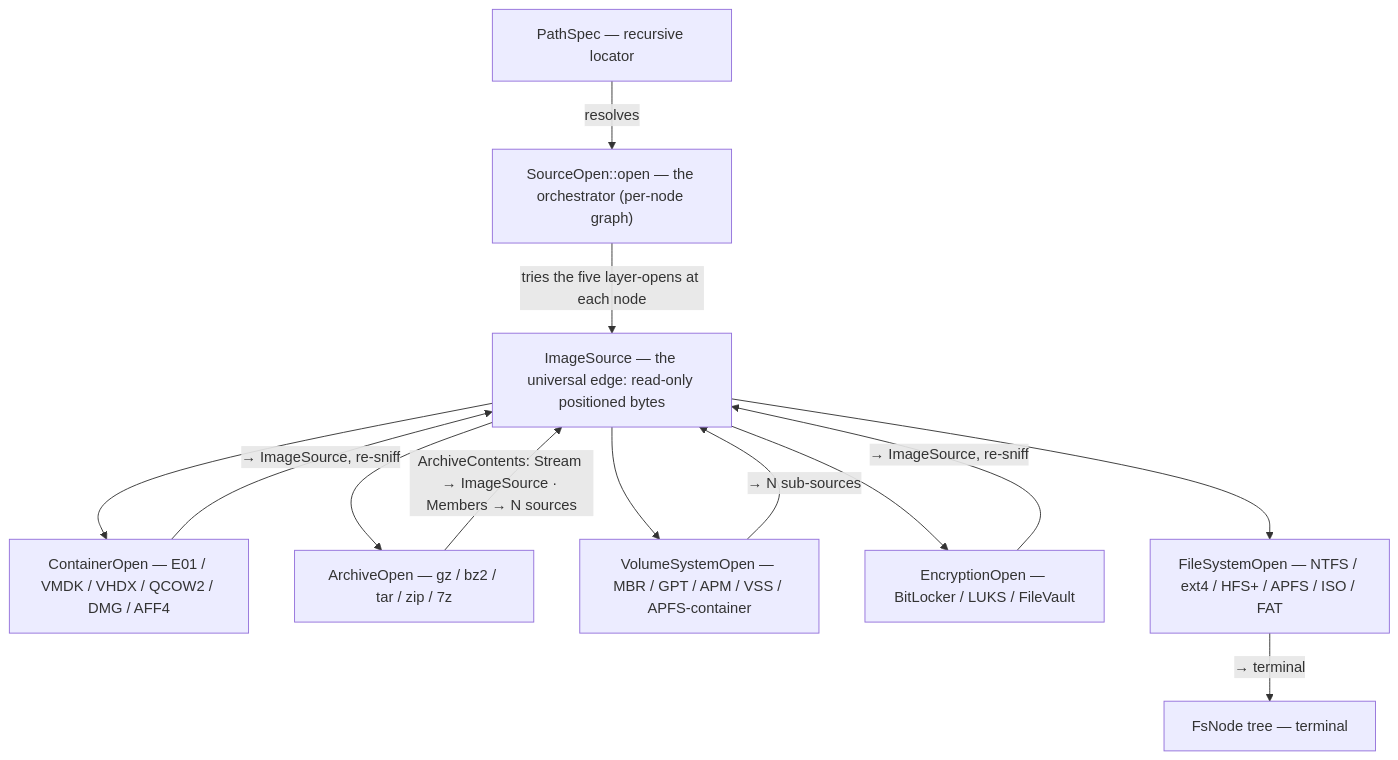
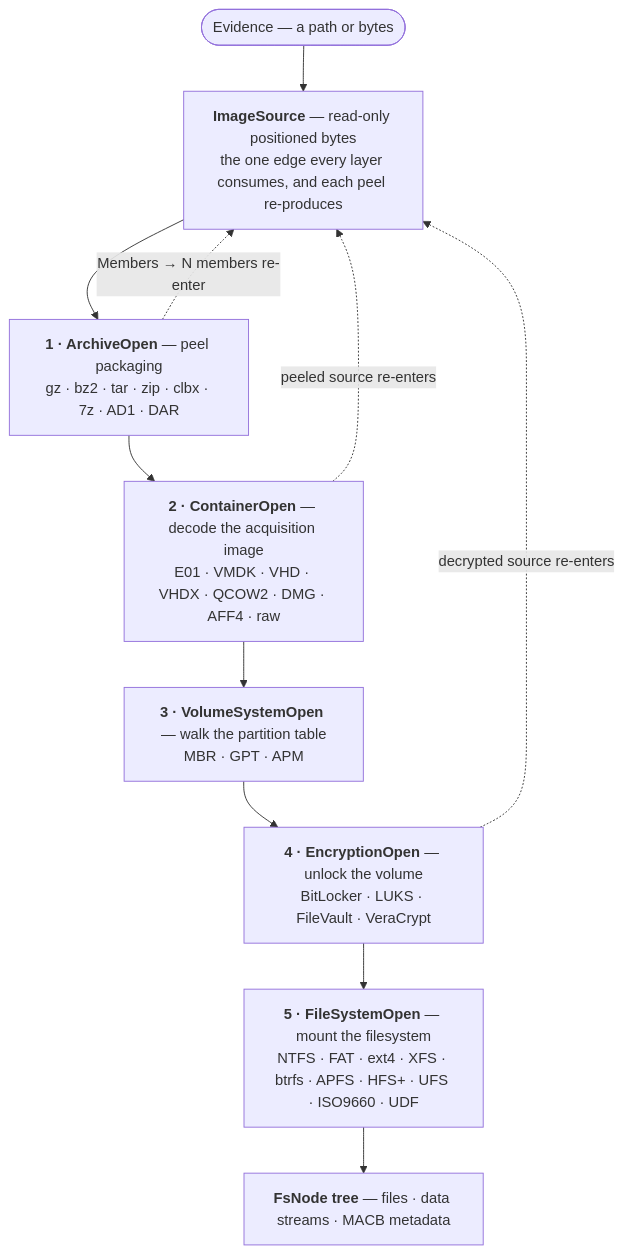
One commit to SecurityRonin/forensic-vfs changed the diagram in docs/architecture.md. Above: the diagram before and after it, drawn with Mermaid. The commit also changed other lines of this file and 1 other file, not shown here.

Commit message:
docs(architecture): redraw layer graph as normal-order stack; complete + correctly-classified format lists
Stack order archive->container->volume->encryption->filesystem with re-entry edges.
Complete per-layer format sets from a fleet-wide impl grep (adds xfs/btrfs/ufs/udf,
clbx, AD1/DAR under Archive, VeraCrypt; drops invented VSS/APFS-container under Volume).
PRD: ArchiveOpen added to the *Open list; archive reclassification noted.

````diff
--- a/docs/architecture.md
+++ b/docs/architecture.md
@@ -9,22 +12,19 @@
 ```mermaid
 flowchart TD
-    PS["PathSpec — recursive locator"]
-    SO["SourceOpen::open — the orchestrator (per-node graph)"]
-    IS["ImageSource — the universal edge: read-only positioned bytes"]
-    FN["FsNode tree — terminal"]
+    SRC(["Evidence — a path or bytes"])
+    SRC --> IS
+    IS["<b>ImageSource</b> — read-only positioned bytes<br/>the one edge every layer consumes, and each peel re-produces"]
+    IS --> A
 
-    PS -->|resolves| SO
-    SO -->|tries the five layer-opens at each node| IS
+    A["<b>1 · ArchiveOpen</b> — peel packaging<br/>gz · bz2 · tar · zip · clbx · 7z · AD1 · DAR"]
+    C["<b>2 · ContainerOpen</b> — decode the acquisition image<br/>E01 · VMDK · VHD · VHDX · QCOW2 · DMG · AFF4 · raw"]
+    V["<b>3 · VolumeSystemOpen</b> — walk the partition table<br/>MBR · GPT · APM"]
+    E["<b>4 · EncryptionOpen</b> — unlock the volume<br/>BitLocker · LUKS · FileVault · VeraCrypt"]
+    F["<b>5 · FileSystemOpen</b> — mount the filesystem<br/>NTFS · FAT · ext4 · XFS · btrfs · APFS · HFS+ · UFS · ISO9660 · UDF"]
+    A --> C --> V --> E --> F
+    F --> FN["<b>FsNode tree</b> — files · data streams · MACB metadata"]
 
-    IS --> CO["ContainerOpen — E01 / VMDK / VHDX / QCOW2 / DMG / AFF4"]
-    IS --> AO["ArchiveOpen — gz / bz2 / tar / zip / 7z"]
-    IS --> VO["VolumeSystemOpen — MBR / GPT / APM / VSS / APFS-container"]
-    IS --> EO["EncryptionOpen — BitLocker / LUKS / FileVault"]
-    IS --> FO["FileSystemOpen — NTFS / ext4 / HFS+ / APFS / ISO / FAT"]
-
-    CO -->|→ ImageSource, re-sniff| IS
-    EO -->|→ ImageSource, re-sniff| IS
-    AO -->|ArchiveContents: Stream → ImageSource · Members → N sources| IS
-    VO -->|→ N sub-sources| IS
-    FO -->|→ terminal| FN
+    A -. "Members → N members re-enter" .-> IS
+    C -. "peeled source re-enters" .-> IS
+    E -. "decrypted source re-enters" .-> IS
 ```
````
